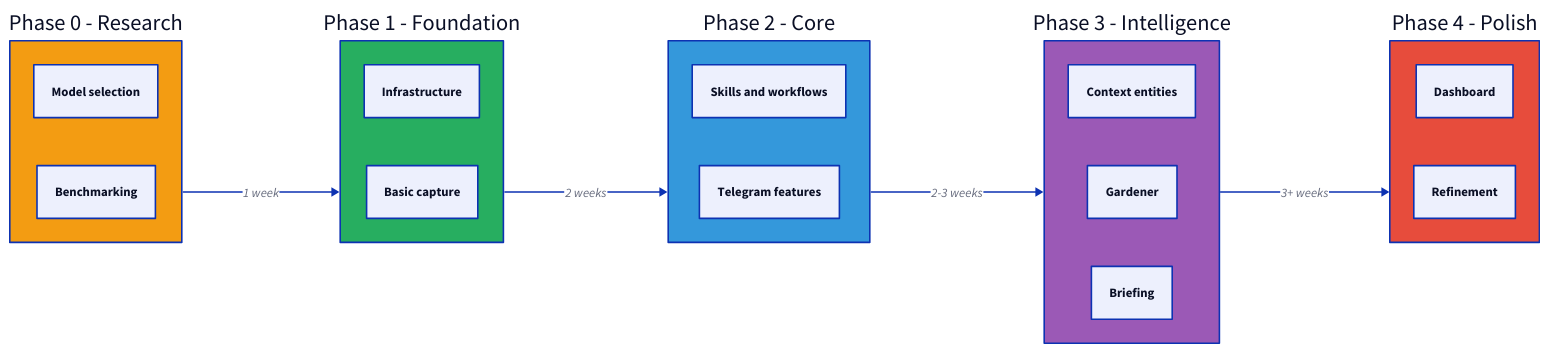
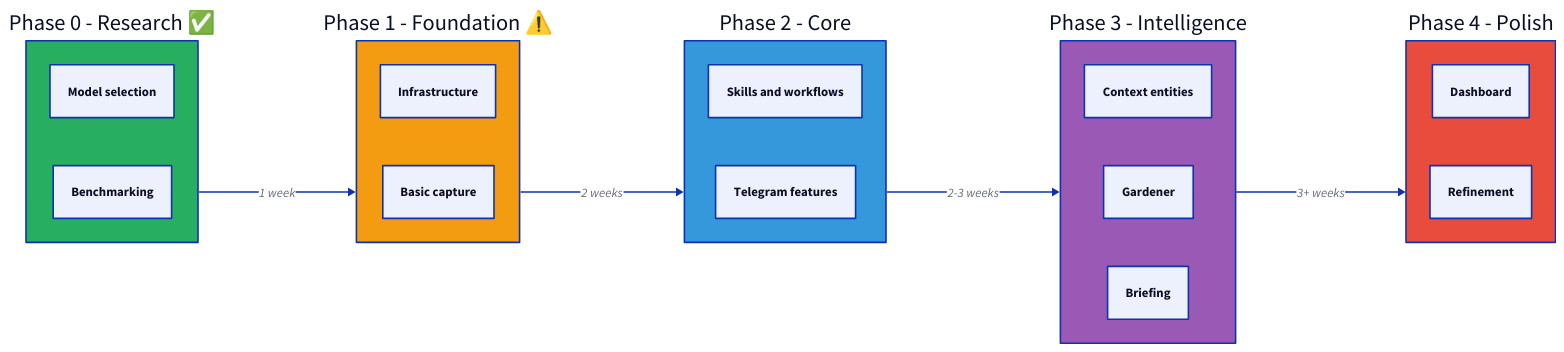
Before and after one commit to brucemckayone/knowledge-memory-system: the first of 7 diagrams in TECHNICAL_PLAN.md, drawn with D2. The commit also changed other lines of this file and 72 other files, not shown here.

````diff
--- a/TECHNICAL_PLAN.md
+++ b/TECHNICAL_PLAN.md
@@ -12,40 +25,40 @@
 ```d2
 direction: right
 
-Phase0: Phase 0 - Research {
+Phase0: Phase 0 - Research ✅ {
   Model selection
   Benchmarking
 }
 
-Phase1: Phase 1 - Foundation {
+Phase1: Phase 1 - Foundation ⚠️ {
   Infrastructure
   Basic capture
 }
 
 Phase2: Phase 2 - Core {
   Skills and workflows
   Telegram features
 }
 
 Phase3: Phase 3 - Intelligence {
   Context entities
   Gardener
   Briefing
 }
 
 Phase4: Phase 4 - Polish {
   Dashboard
   Refinement
 }
 
 Phase0 -> Phase1: 1 week
 Phase1 -> Phase2: 2 weeks
 Phase2 -> Phase3: 2-3 weeks
 Phase3 -> Phase4: 3+ weeks
 
-Phase0.style.fill: "#F39C12"
-Phase1.style.fill: "#27AE60"
+Phase0.style.fill: "#27AE60"
+Phase1.style.fill: "#F39C12"
 Phase2.style.fill: "#3498DB"
 Phase3.style.fill: "#9B59B6"
 Phase4.style.fill: "#E74C3C"
 ```
````
